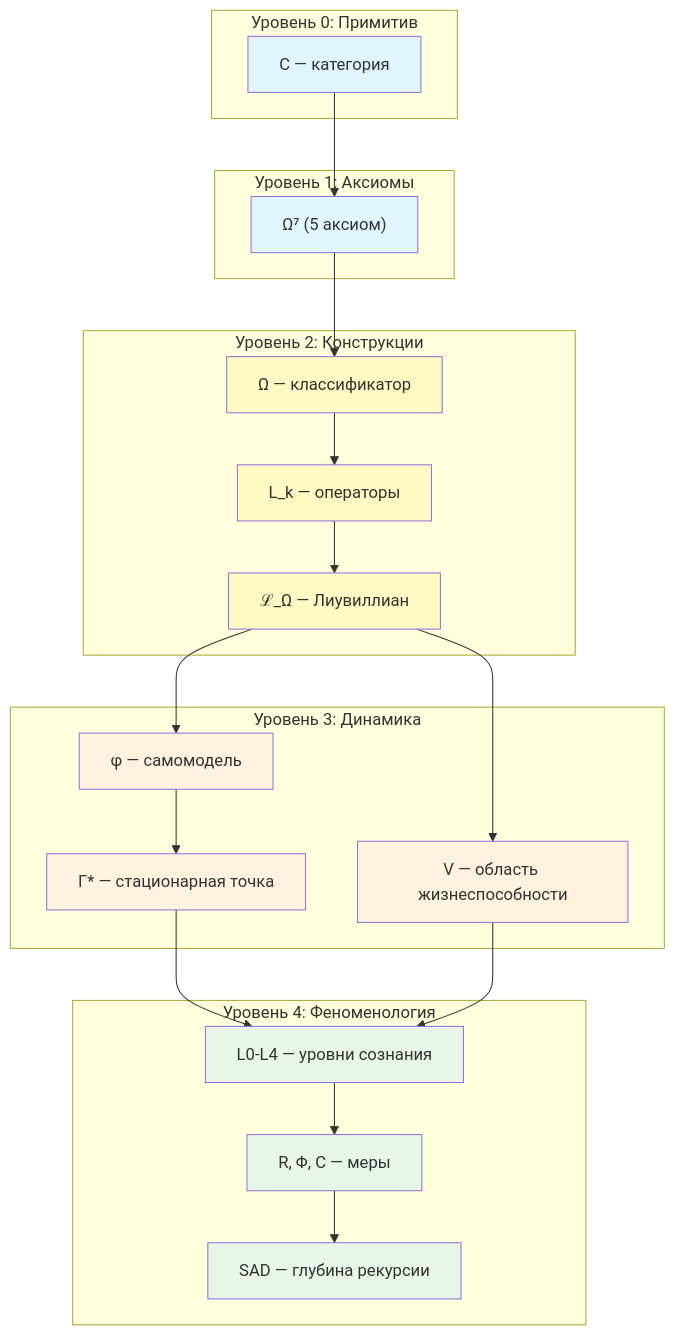
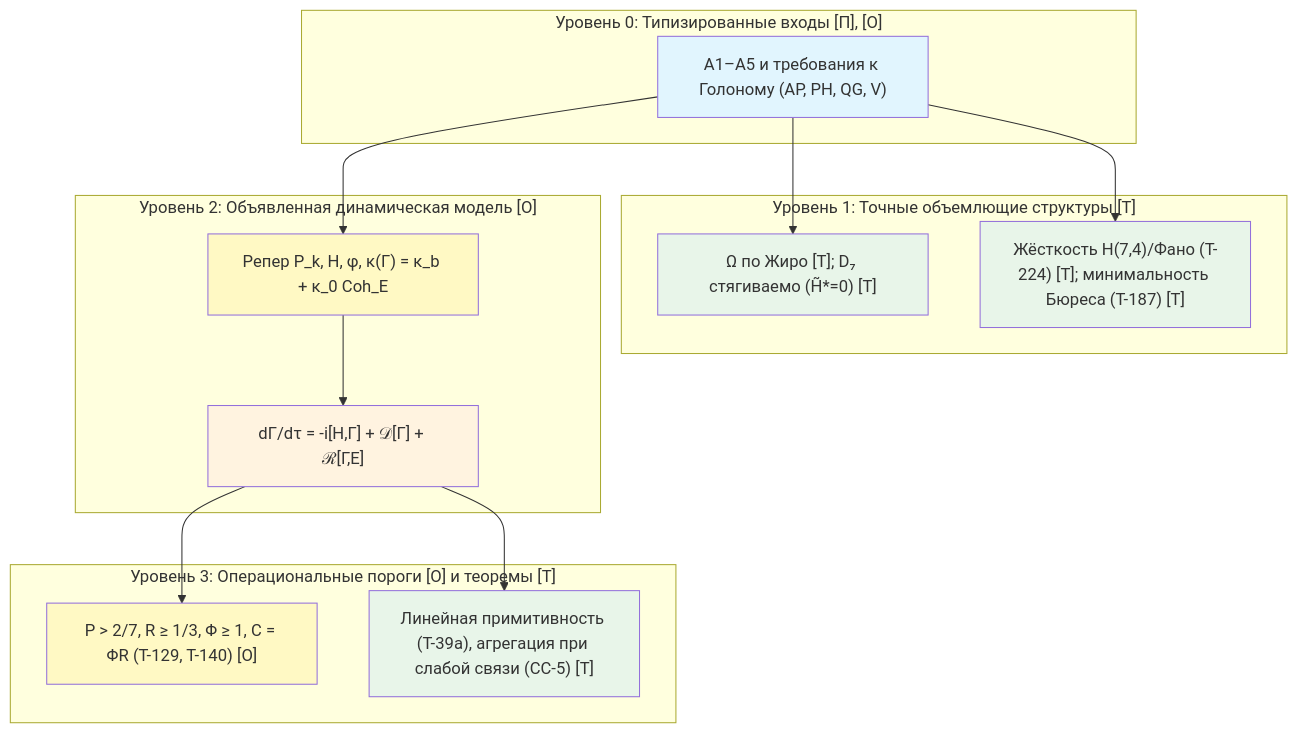
The third of 3 diagrams in website/i18n/ru/docusaurus-plugin-content-docs/current/applied/coherence-cybernetics/axiomatics.md (gst-st/uhm), drawn with Mermaid before and after one commit. The commit also changed other lines of this file and 376 other files, not shown here.

First line of the commit message:
Refactor UHM canon, decontaminate architecture, and verify EN/RU parity

````diff
--- a/website/i18n/ru/docusaurus-plugin-content-docs/current/applied/coherence-cybernetics/axiomatics.md
+++ b/website/i18n/ru/docusaurus-plugin-content-docs/current/applied/coherence-cybernetics/axiomatics.md
@@ -530,48 +378,33 @@
 ```mermaid
 graph TD
-    subgraph "Уровень 0: Примитив"
-        C["C — категория"]
+    subgraph "Уровень 0: Типизированные входы [П], [О]"
+        AX["A1–A5 и требования к Голоному (AP, PH, QG, V)"]
     end
-    subgraph "Уровень 1: Аксиомы"
-        AX["Ω⁷ (5 аксиом)"]
+    subgraph "Уровень 1: Точные объемлющие структуры [Т]"
+        OM["Ω по Жиро [Т]; D₇ стягиваемо (H̃*=0) [Т]"]
+        FANO["Жёсткость H(7,4)/Фано (T-224) [Т]; минимальность Бюреса (T-187) [Т]"]
     end
-    subgraph "Уровень 2: Конструкции"
-        OM["Ω — классификатор"]
-        LK["L_k — операторы"]
-        EV["ℒ_Ω — Лиувиллиан"]
+    subgraph "Уровень 2: Объявленная динамическая модель [О]"
+        OPS["Репер P_k, H, φ, κ(Γ) = κ_b + κ_0 Coh_E"]
+        EV["dΓ/dτ = -i[H,Γ] + 𝒟[Γ] + ℛ[Γ,E]"]
     end
-    subgraph "Уровень 3: Динамика"
-        PHI["φ — самомодель"]
-        FP["Γ* — стационарная точка"]
-        VIA["V — область жизнеспособности"]
-    end
-    subgraph "Уровень 4: Феноменология"
-        CON["L0-L4 — уровни сознания"]
-        REF["R, Φ, C — меры"]
-        SAD["SAD — глубина рекурсии"]
+    subgraph "Уровень 3: Операциональные пороги [О] и теоремы [Т]"
+        THR["P > 2/7, R ≥ 1/3, Φ ≥ 1, C = ΦR (T-129, T-140) [О]"]
+        COMP["Линейная примитивность (T-39a), агрегация при слабой связи (CC-5) [Т]"]
     end
 
-    C --> AX
     AX --> OM
-    OM --> LK
-    LK --> EV
-    EV --> PHI
-    PHI --> FP
-    EV --> VIA
-    FP --> CON
-    VIA --> CON
-    CON --> REF
-    REF --> SAD
+    AX --> FANO
+    AX --> OPS
+    OPS --> EV
+    EV --> THR
+    EV --> COMP
 
-    style C fill:#e1f5fe
     style AX fill:#e1f5fe
-    style OM fill:#fff9c4
-    style LK fill:#fff9c4
-    style EV fill:#fff9c4
-    style PHI fill:#fff3e0
-    style FP fill:#fff3e0
-    style VIA fill:#fff3e0
-    style CON fill:#e8f5e9
-    style REF fill:#e8f5e9
-    style SAD fill:#e8f5e9
+    style OM fill:#e8f5e9
+    style FANO fill:#e8f5e9
+    style OPS fill:#fff9c4
+    style EV fill:#fff3e0
+    style THR fill:#fff9c4
+    style COMP fill:#e8f5e9
 ```
````
